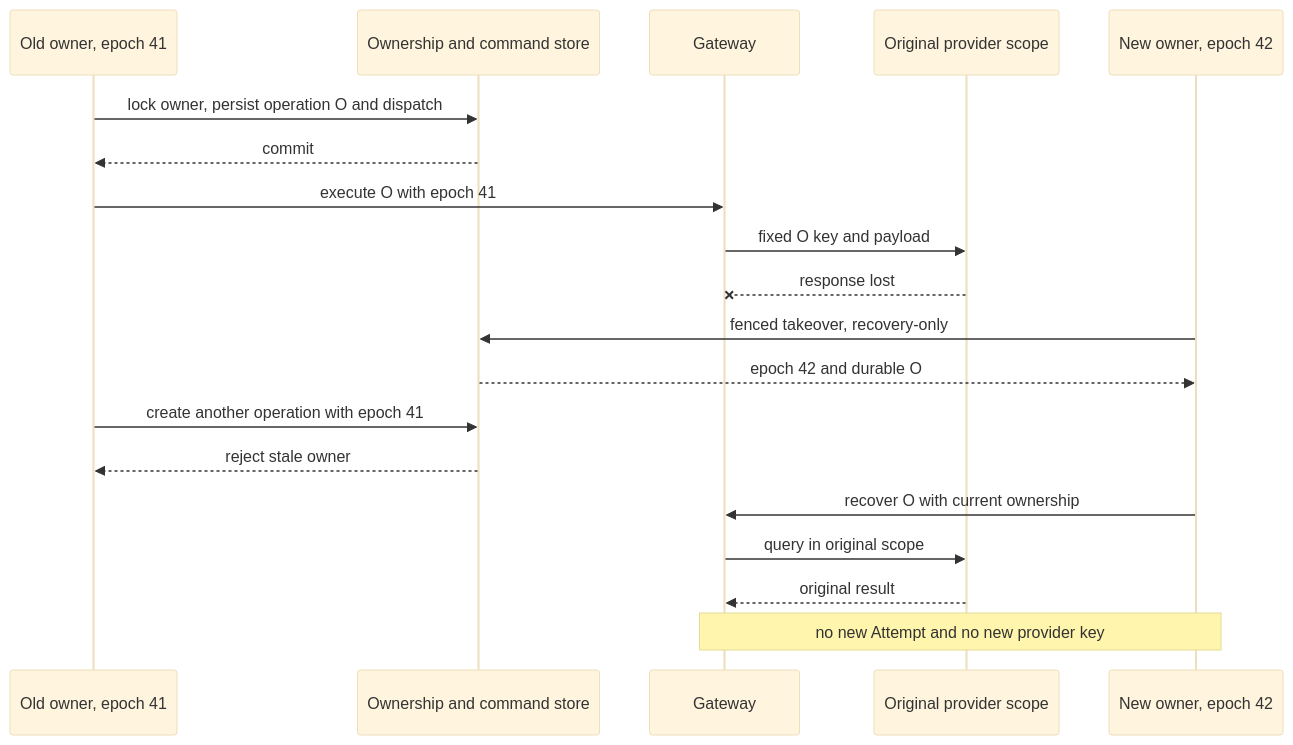
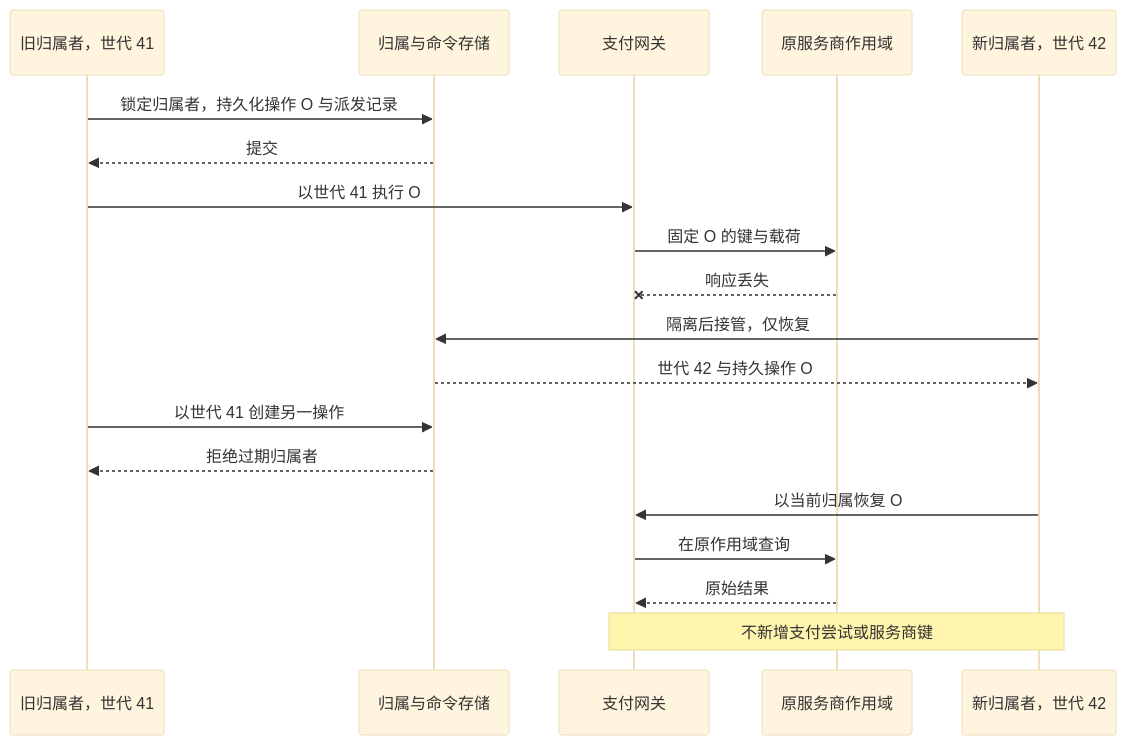
One commit to YouEclipse/Designing-Modern-Payment-Systems changed the second of 4 diagrams in part-5-global-routing/multi-region.md. Above: the diagram before and after it, drawn with Mermaid (base theme). The commit also changed other lines of this file and 59 other files, not shown here.

````diff
--- a/part-5-global-routing/multi-region.md
+++ b/part-5-global-routing/multi-region.md
@@ -235,21 +235,21 @@
 ```mermaid
 sequenceDiagram
-    participant A as Old owner, epoch 41
-    participant D as Ownership and command store
-    participant G as Gateway
-    participant P as Original provider scope
-    participant B as New owner, epoch 42
-    A->>D: lock owner, persist operation O and dispatch
-    D-->>A: commit
-    A->>G: execute O with epoch 41
-    G->>P: fixed O key and payload
-    P--xG: response lost
-    B->>D: fenced takeover, recovery-only
-    D-->>B: epoch 42 and durable O
-    A->>D: create another operation with epoch 41
-    D-->>A: reject stale owner
-    B->>G: recover O with current ownership
-    G->>P: query in original scope
-    P-->>G: original result
-    Note over B,G: no new Attempt and no new provider key
+    participant A as 旧归属者，世代 41
+    participant D as 归属与命令存储
+    participant G as 支付网关
+    participant P as 原服务商作用域
+    participant B as 新归属者，世代 42
+    A->>D: 锁定归属者，持久化操作 O 与派发记录
+    D-->>A: 提交
+    A->>G: 以世代 41 执行 O
+    G->>P: 固定 O 的键与载荷
+    P--xG: 响应丢失
+    B->>D: 隔离后接管，仅恢复
+    D-->>B: 世代 42 与持久操作 O
+    A->>D: 以世代 41 创建另一操作
+    D-->>A: 拒绝过期归属者
+    B->>G: 以当前归属恢复 O
+    G->>P: 在原作用域查询
+    P-->>G: 原始结果
+    Note over B,G: 不新增支付尝试或服务商键
 ```
````
